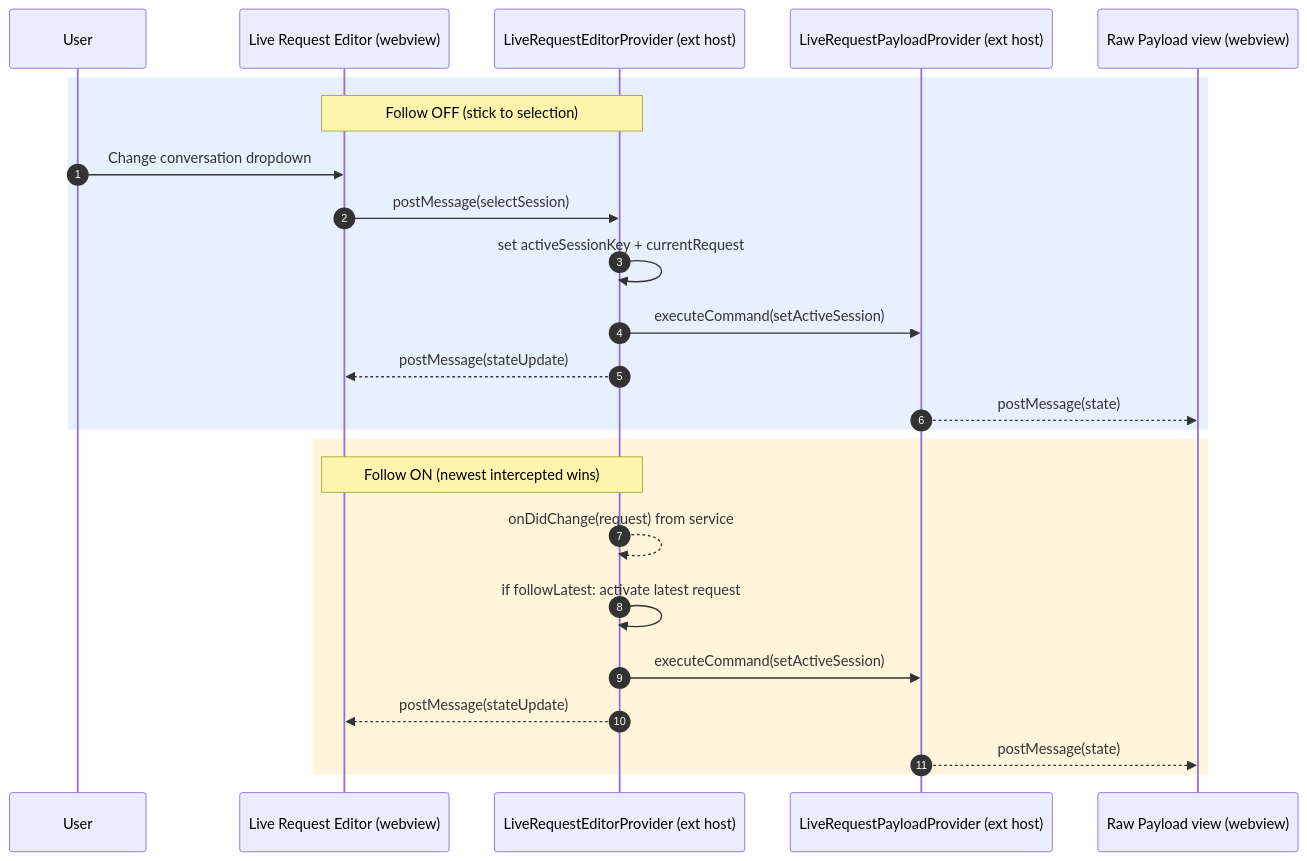
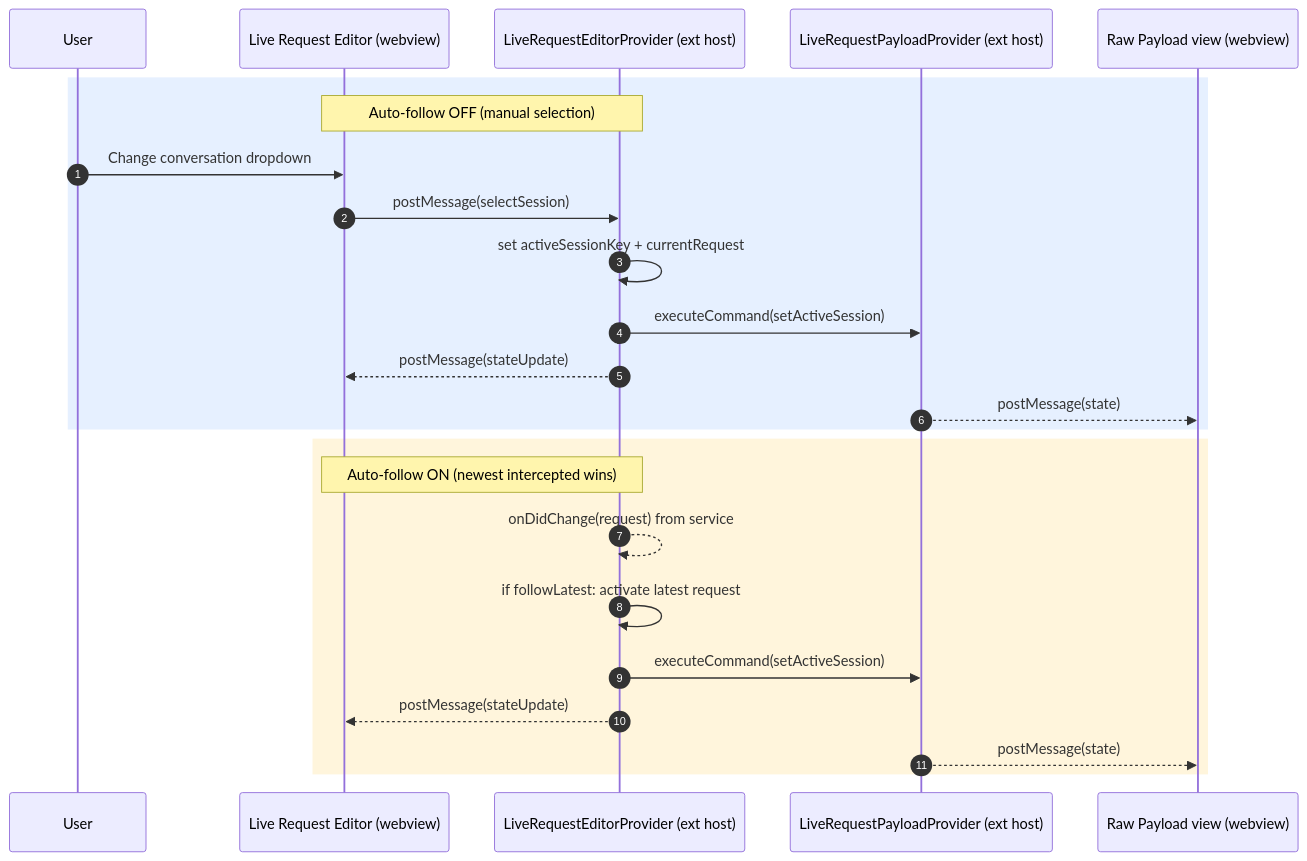
The diagram in .kiro/specs/cli-history-replay/follow-mode-propagation.md (yulongbai-nov/vscode-copilot-chat), drawn with Mermaid before and after one commit. The commit also changed other lines of this file and 3 other files, not shown here.

````diff
--- a/.kiro/specs/cli-history-replay/follow-mode-propagation.md
+++ b/.kiro/specs/cli-history-replay/follow-mode-propagation.md
@@ -7,28 +7,28 @@
 ```mermaid
 sequenceDiagram
   autonumber
   participant User as User
   participant Webview as Live Request Editor (webview)
   participant Provider as LiveRequestEditorProvider (ext host)
   participant Payload as LiveRequestPayloadProvider (ext host)
   participant PayloadUI as Raw Payload view (webview)
 
   rect rgb(230, 240, 255)
-    note over Webview,Provider: Follow OFF (stick to selection)
+    note over Webview,Provider: Auto-follow OFF (manual selection)
     User->>Webview: Change conversation dropdown
     Webview->>Provider: postMessage(selectSession)
     Provider->>Provider: set activeSessionKey + currentRequest
     Provider->>Payload: executeCommand(setActiveSession)
     Provider-->>Webview: postMessage(stateUpdate)
     Payload-->>PayloadUI: postMessage(state)
   end
 
   rect rgb(255, 245, 220)
-    note over Webview,Provider: Follow ON (newest intercepted wins)
+    note over Webview,Provider: Auto-follow ON (newest intercepted wins)
     Provider-->>Provider: onDidChange(request) from service
     Provider->>Provider: if followLatest: activate latest request
     Provider->>Payload: executeCommand(setActiveSession)
     Provider-->>Webview: postMessage(stateUpdate)
     Payload-->>PayloadUI: postMessage(state)
   end
 ```
````
